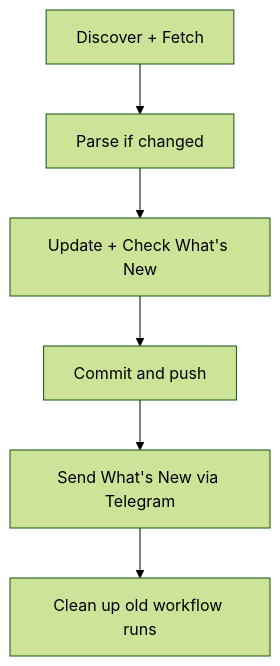
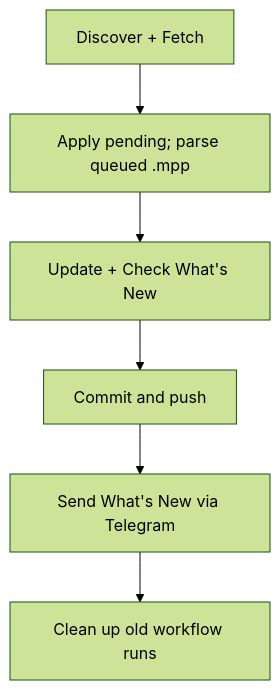
One commit to nvbangg/awesome-morphe changed the second of 3 diagrams in CONTRIBUTING.md. Above: the diagram before and after it, drawn with Mermaid (forest theme). The commit also changed other lines of this file and 6 other files, not shown here.

````diff
--- a/CONTRIBUTING.md
+++ b/CONTRIBUTING.md
@@ -49,8 +52,8 @@
 ```mermaid
 flowchart TD
-    A["Discover + Fetch"] --> B["Parse if changed"]
+    A["Discover + Fetch"] --> B["Apply pending; parse queued .mpp"]
     B --> C["Update + Check What's New"]
     C --> D["Commit and push"]
     D --> E["Send What's New via Telegram"]
     E --> F["Clean up old workflow runs"]
 ```
````
